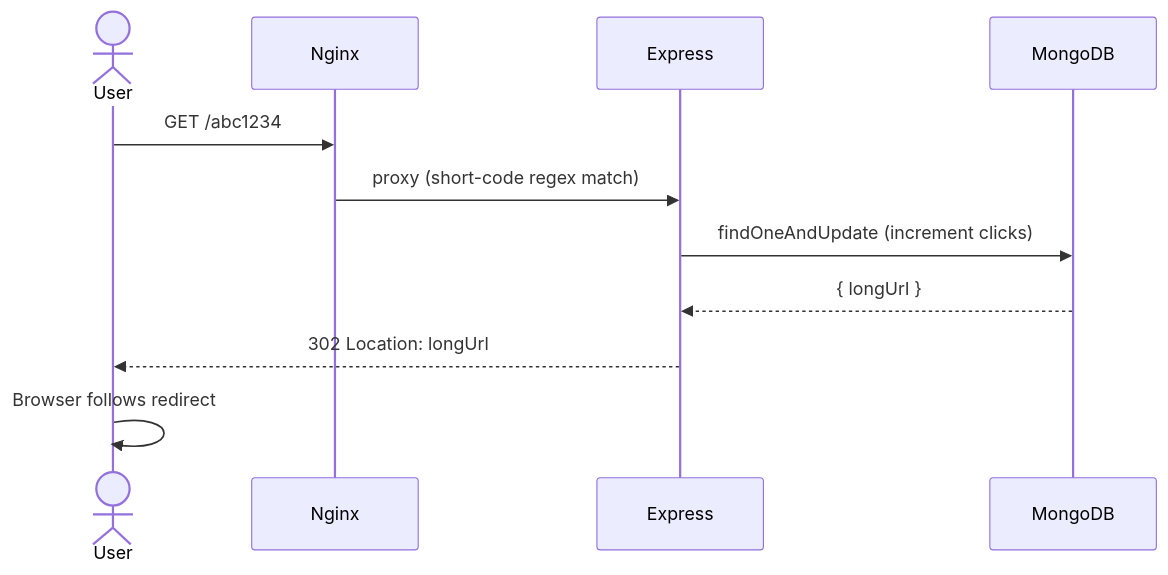
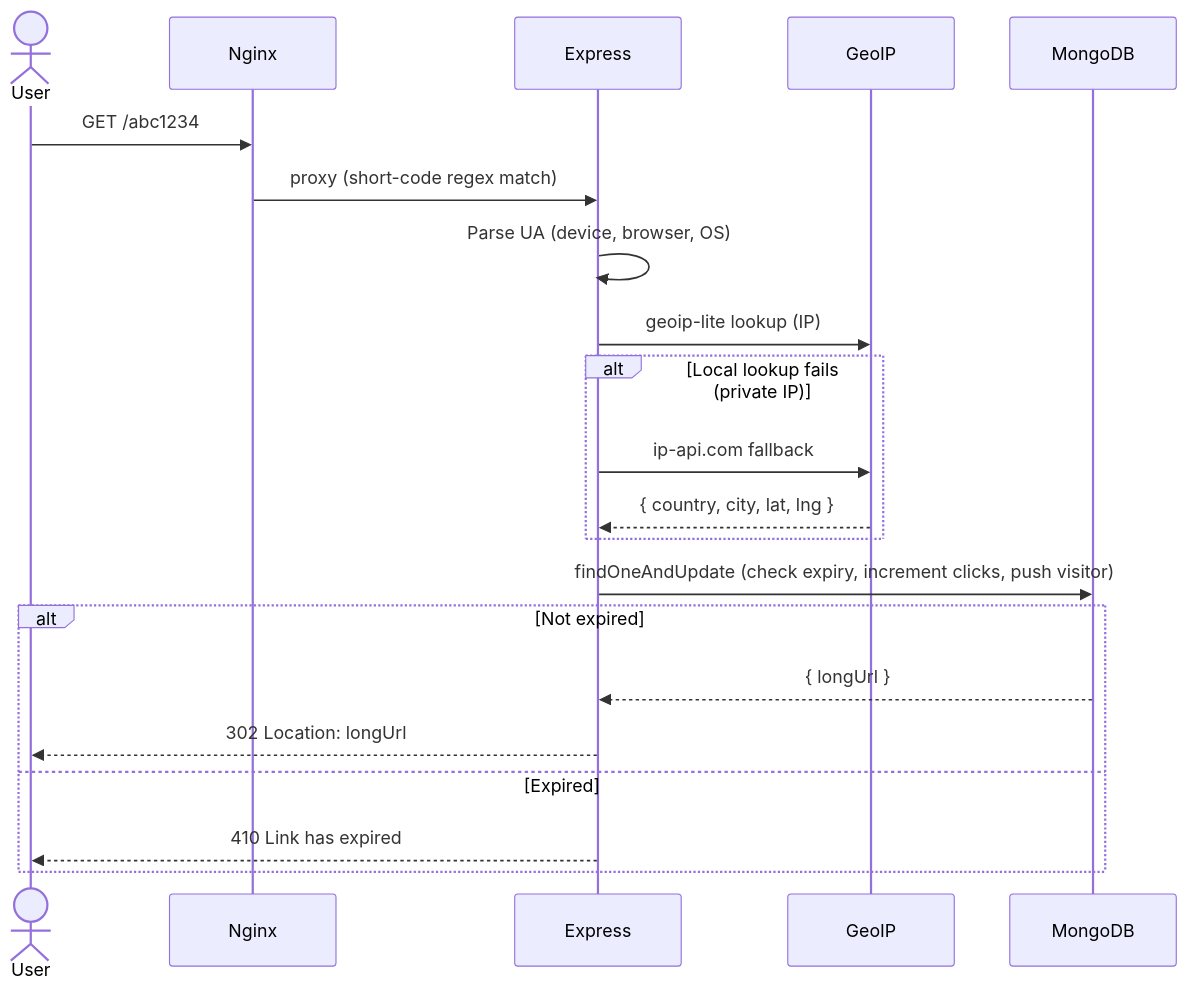
The fifth of 7 diagrams in capstone-url-shortener/TECHNICAL_DOCS.md (gupta-soham/SuprMentor-FSWD-assignments), drawn with Mermaid before and after one commit. The commit also changed other lines of this file, not shown here.

````diff
--- a/capstone-url-shortener/TECHNICAL_DOCS.md
+++ b/capstone-url-shortener/TECHNICAL_DOCS.md
@@ -186,14 +216,24 @@
 ```mermaid
 sequenceDiagram
   actor User
   participant Nginx
   participant Express
+  participant GeoIP
   participant MongoDB
 
   User->>Nginx: GET /abc1234
   Nginx->>Express: proxy (short-code regex match)
-  Express->>MongoDB: findOneAndUpdate (increment clicks)
-  MongoDB-->>Express: { longUrl }
-  Express-->>User: 302 Location: longUrl
-  User->>User: Browser follows redirect
+  Express->>Express: Parse UA (device, browser, OS)
+  Express->>GeoIP: geoip-lite lookup (IP)
+  alt Local lookup fails (private IP)
+    Express->>GeoIP: ip-api.com fallback
+    GeoIP-->>Express: { country, city, lat, lng }
+  end
+  Express->>MongoDB: findOneAndUpdate (check expiry, increment clicks, push visitor)
+  alt Not expired
+    MongoDB-->>Express: { longUrl }
+    Express-->>User: 302 Location: longUrl
+  else Expired
+    Express-->>User: 410 Link has expired
+  end
 ```
````
